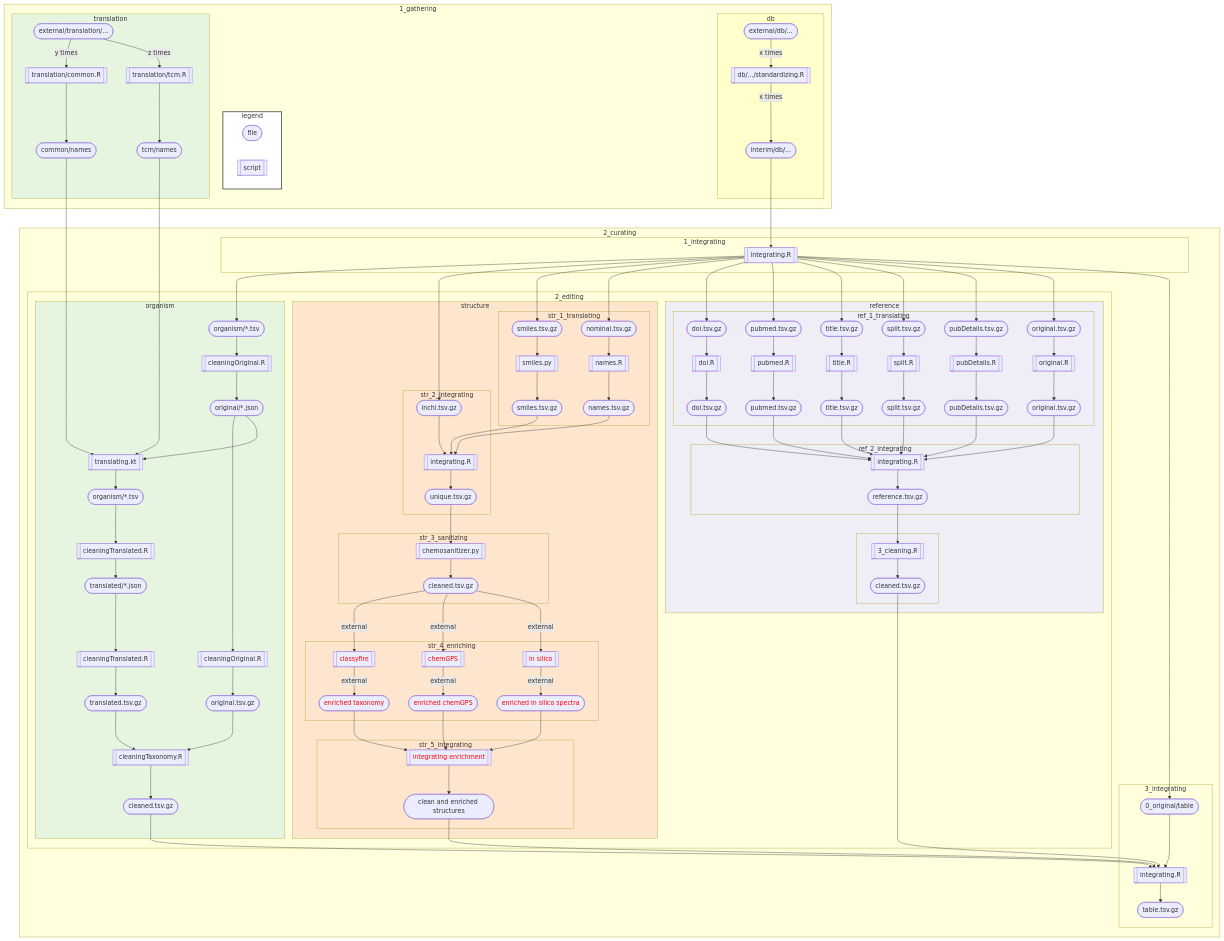
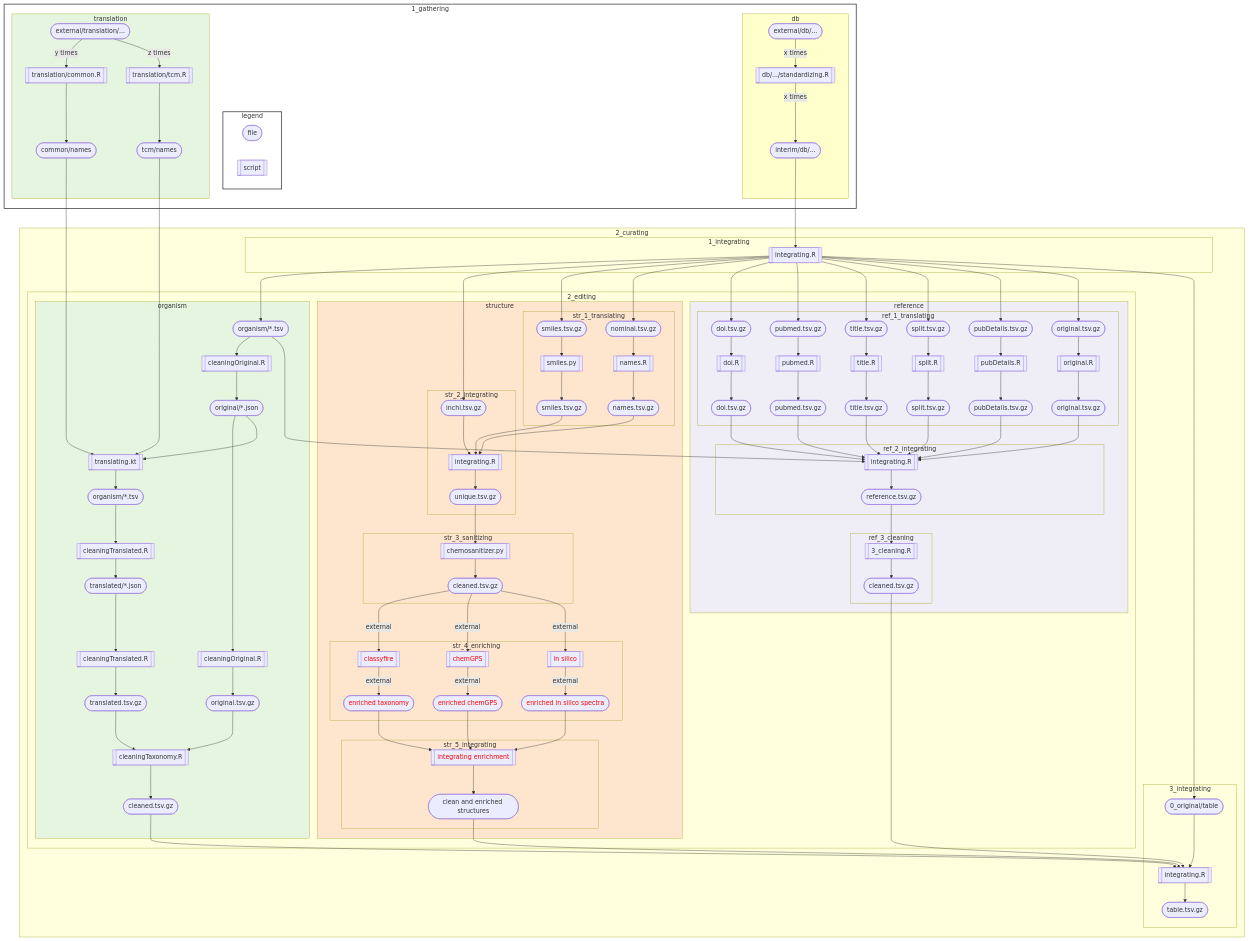
One commit to lotusnprod/lotus-processor changed the diagram in README.md. Above: the diagram before and after it, drawn with Mermaid.

```diff
--- a/README.md
+++ b/README.md
@@ -9,6 +9,7 @@
 graph TD
 
 subgraph 1_gathering
+style 1_gathering fill:#FFFFFF,stroke:#424242,stroke-width:2px
 subgraph legend
 style legend fill:#FFFFFF,stroke:#424242,stroke-width:2px
 A([file])
@@ -145,6 +146,7 @@
 end
 subgraph ref_2_integrating
 style ref_2_integrating fill:#EFEDF5
+100([organism/*.tsv]) --> 360[[integrating.R]]
 322([doi.tsv.gz]) --> 360[[integrating.R]]
 332([pubmed.tsv.gz]) --> 360[[integrating.R]]
 342([title.tsv.gz]) --> 360[[integrating.R]]
@@ -153,8 +155,8 @@
 372([original.tsv.gz]) --> 360[[integrating.R]] -->
     380([reference.tsv.gz]) 
 end
-subgraph .
-style . fill:#EFEDF5
+subgraph ref_3_cleaning
+style ref_3_cleaning fill:#EFEDF5
 380([reference.tsv.gz]) -->
     385[[3_cleaning.R]] -->
         390([cleaned.tsv.gz])
```
